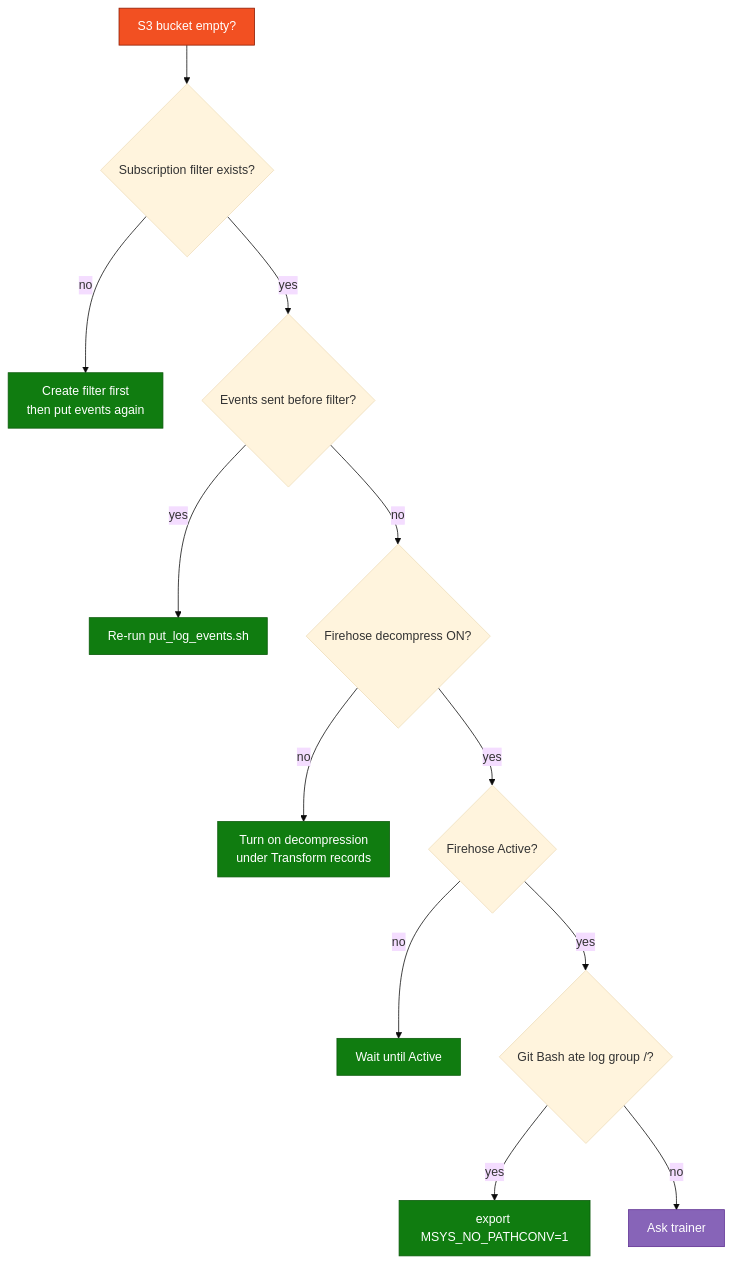
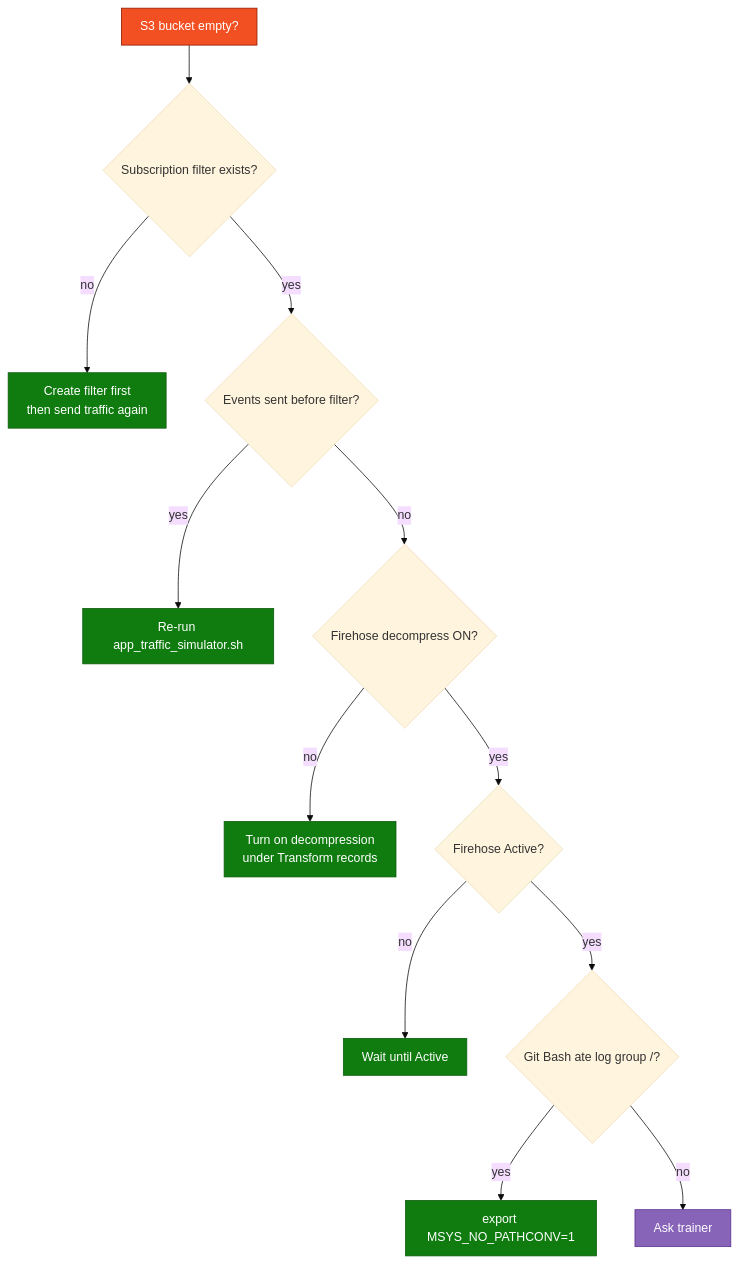
The second of 2 diagrams in Module_03_AWS_CloudWatch/03_CloudWatch_to_ADX_Lab.md (atingupta2005/adx-aws-training-aug-26), drawn with Mermaid before and after one commit. The commit also changed other lines of this file and 8 other files, not shown here.

First line of the commit message:
Prefer real-shaped CloudWatch app traffic in Module 03.

````diff
--- a/Module_03_AWS_CloudWatch/03_CloudWatch_to_ADX_Lab.md
+++ b/Module_03_AWS_CloudWatch/03_CloudWatch_to_ADX_Lab.md
@@ -176,22 +223,22 @@
 ```mermaid
 %%{init: {"theme":"base","flowchart":{"htmlLabels":true,"padding":12}}}%%
 flowchart TD
   START["S3 bucket empty?"] --> Q1{"Subscription filter exists?"}
-  Q1 -->|no| FIX1["Create filter first<br/>then put events again"]
+  Q1 -->|no| FIX1["Create filter first<br/>then send traffic again"]
   Q1 -->|yes| Q2{"Events sent before filter?"}
-  Q2 -->|yes| FIX2["Re-run put_log_events.sh"]
+  Q2 -->|yes| FIX2["Re-run app_traffic_simulator.sh"]
   Q2 -->|no| Q3{"Firehose decompress ON?"}
   Q3 -->|no| FIX3["Turn on decompression<br/>under Transform records"]
   Q3 -->|yes| Q4{"Firehose Active?"}
   Q4 -->|no| FIX4["Wait until Active"]
   Q4 -->|yes| Q5{"Git Bash ate log group /?"}
   Q5 -->|yes| FIX5["export MSYS_NO_PATHCONV=1"]
   Q5 -->|no| HELP["Ask trainer"]
   style START fill:#F25022,stroke:#8B1A00,color:#fff
   style FIX1 fill:#107C10,stroke:#0B5A0B,color:#fff
   style FIX2 fill:#107C10,stroke:#0B5A0B,color:#fff
   style FIX3 fill:#107C10,stroke:#0B5A0B,color:#fff
   style FIX4 fill:#107C10,stroke:#0B5A0B,color:#fff
   style FIX5 fill:#107C10,stroke:#0B5A0B,color:#fff
   style HELP fill:#8764B8,stroke:#5C2D91,color:#fff
 ```
````
